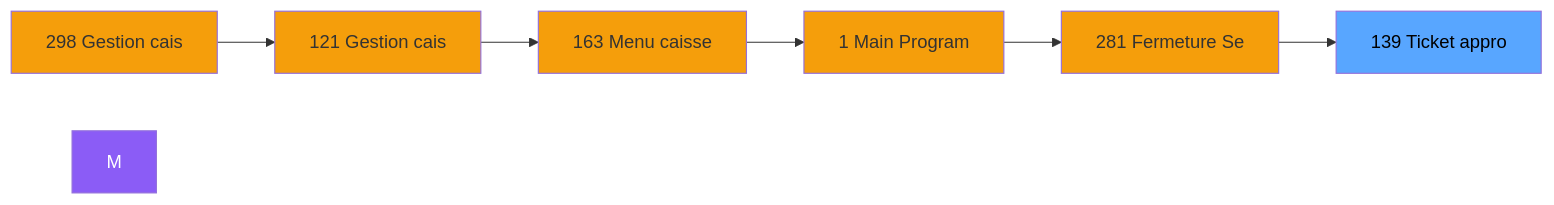
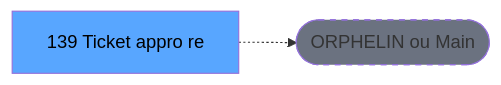
One commit to thonyAGP/lecteur-magic changed the second of 3 diagrams in .openspec/specs/ADH-IDE-139.md. Above: the diagram before and after it, drawn with Mermaid. The commit also changed other lines of this file and 701 other files, not shown here.

````diff
--- a/.openspec/specs/ADH-IDE-139.md
+++ b/.openspec/specs/ADH-IDE-139.md
@@ -129,21 +131,8 @@
 ```mermaid
 graph LR
-    N298[298 Gestion cais]
-    N121[121 Gestion cais]
-    N163[163 Menu caisse ]
-    N1[1 Main Program]
-    N281[281 Fermeture Se]
-    T[139 Ticket appro]
-    N298 --> N121
-    N121 --> N163
-    N163 --> N1
-    N1 --> N281
-    N281 --> T
-    style M fill:#8b5cf6,color:#fff
-    style N298 fill:#f59e0b
-    style N121 fill:#f59e0b
-    style N163 fill:#f59e0b
-    style N1 fill:#f59e0b
-    style N281 fill:#f59e0b
+    T[139 Ticket appro re]
+    ORPHAN([ORPHELIN ou Main])
+    T -.-> ORPHAN
     style T fill:#58a6ff,color:#000
+    style ORPHAN fill:#6b7280,stroke-dasharray: 5 5
 ```
````
